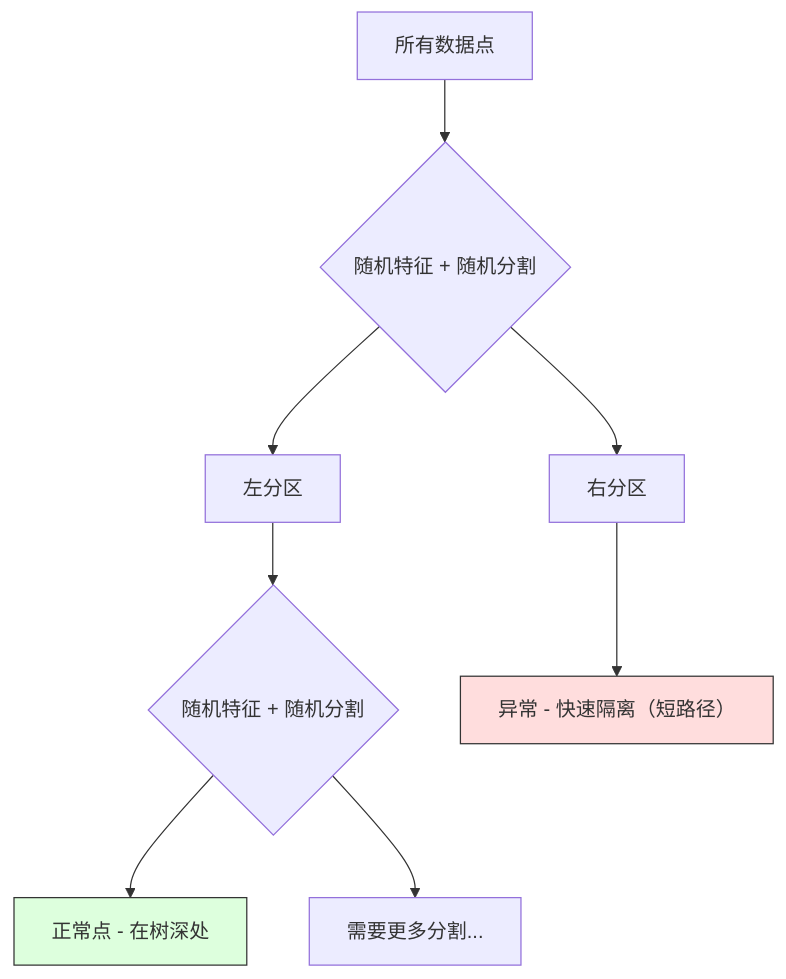
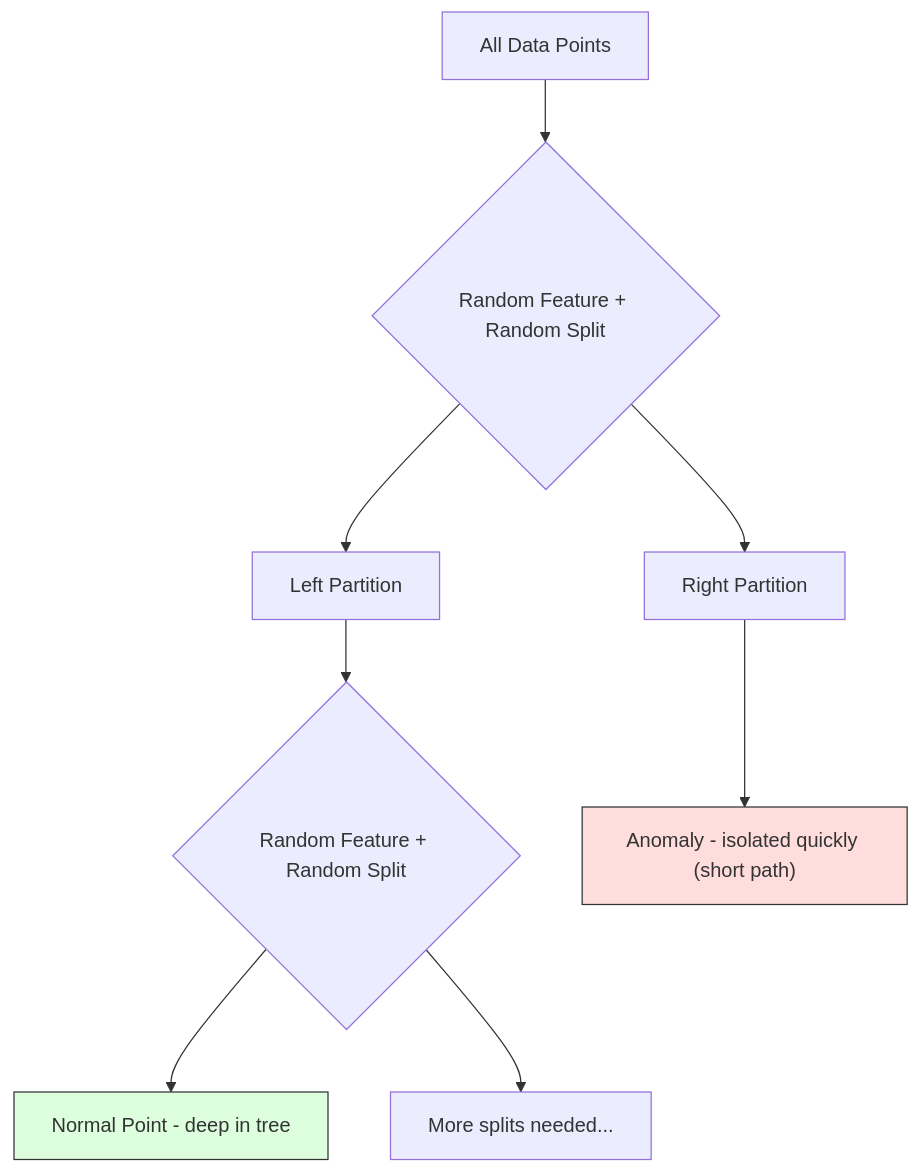
One commit to xiaojiaenen/ai-engineering-from-scratch-zh changed the second of 3 diagrams in i18n/zh/phases/02-ml-fundamentals/16-anomaly-detection/docs/zh.md. Above: the diagram before and after it, drawn with Mermaid. The commit also changed other lines of this file and 18 other files, not shown here.

````diff
--- a/i18n/zh/phases/02-ml-fundamentals/16-anomaly-detection/docs/zh.md
+++ b/i18n/zh/phases/02-ml-fundamentals/16-anomaly-detection/docs/zh.md
@@ -127,13 +127,13 @@
 ```mermaid
 flowchart TD
-    A[所有数据点] --> B{随机特征 + 随机分割}
-    B --> C[左分区]
-    B --> D[右分区]
-    C --> E{随机特征 + 随机分割}
-    E --> F[正常点 - 在树深处]
-    E --> G[需要更多分割...]
-    D --> H["异常 - 快速隔离（短路径）"]
+    A[All Data Points] --> B{Random Feature + Random Split}
+    B --> C[Left Partition]
+    B --> D[Right Partition]
+    C --> E{Random Feature + Random Split}
+    E --> F[Normal Point - deep in tree]
+    E --> G[More splits needed...]
+    D --> H["Anomaly - isolated quickly (short path)"]
 
     style H fill:#fdd,stroke:#333
     style F fill:#dfd,stroke:#333
 ```
````
